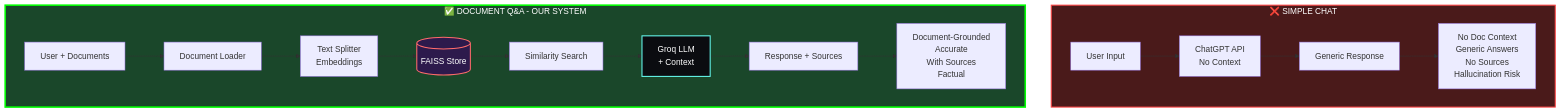
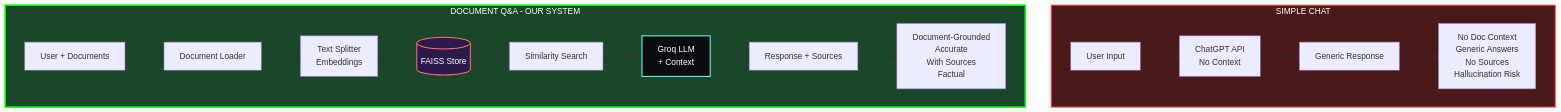
One commit to Syam-1133/Syams-Document-Intelligence-Platform changed the seventh of 7 diagrams in README.md. Above: the diagram before and after it, drawn with Mermaid. The commit also changed other lines of this file, not shown here.

````diff
--- a/README.md
+++ b/README.md
@@ -462,23 +462,23 @@
 ```mermaid
 graph TB
-    subgraph SIMPLE["❌ SIMPLE CHAT"]
+    subgraph SIMPLE[" SIMPLE CHAT"]
         S1[User Input] --> S2[ChatGPT API<br/>No Context]
         S2 --> S3[Generic Response]
         S3 --> S4["No Doc Context<br/>Generic Answers<br/>No Sources<br/>Hallucination Risk"]
     end
     
-    subgraph DOC_QA["✅ DOCUMENT Q&A - OUR SYSTEM"]
+    subgraph DOC_QA[" DOCUMENT Q&A - OUR SYSTEM"]
         D1[User + Documents] --> D2[Document Loader]
         D2 --> D3[Text Splitter<br/>Embeddings]
         D3 --> D4[(FAISS Store)]
         D4 --> D5[Similarity Search]
         D5 --> D6[Groq LLM<br/>+ Context]
         D6 --> D7[Response + Sources]
         D7 --> D8["Document-Grounded<br/>Accurate<br/>With Sources<br/>Factual"]
     end
     
     style SIMPLE fill:#4a1a1a,stroke:#ff4444,stroke-width:2px,color:#fff
     style DOC_QA fill:#1a472a,stroke:#00ff00,stroke-width:3px,color:#fff
     style D4 fill:#2d1a4c,stroke:#ff6b6b,stroke-width:2px,color:#fff
     style D6 fill:#0b0c10,stroke:#66fcf1,stroke-width:2px,color:#fff
 ```
````
